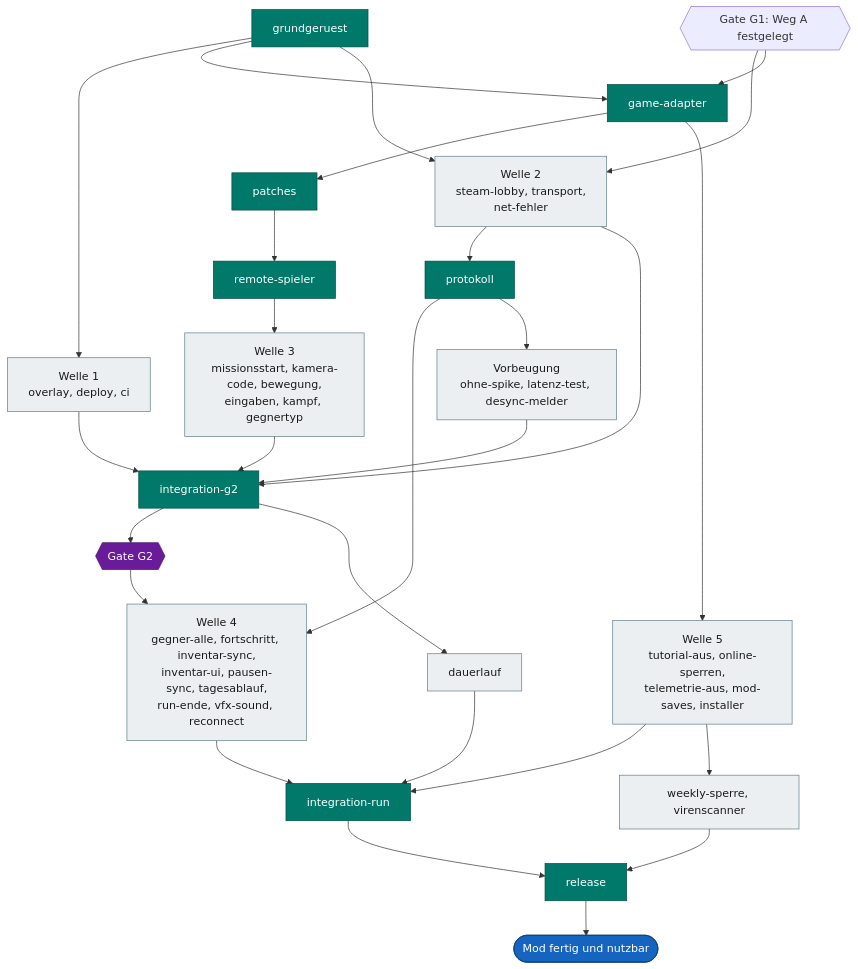
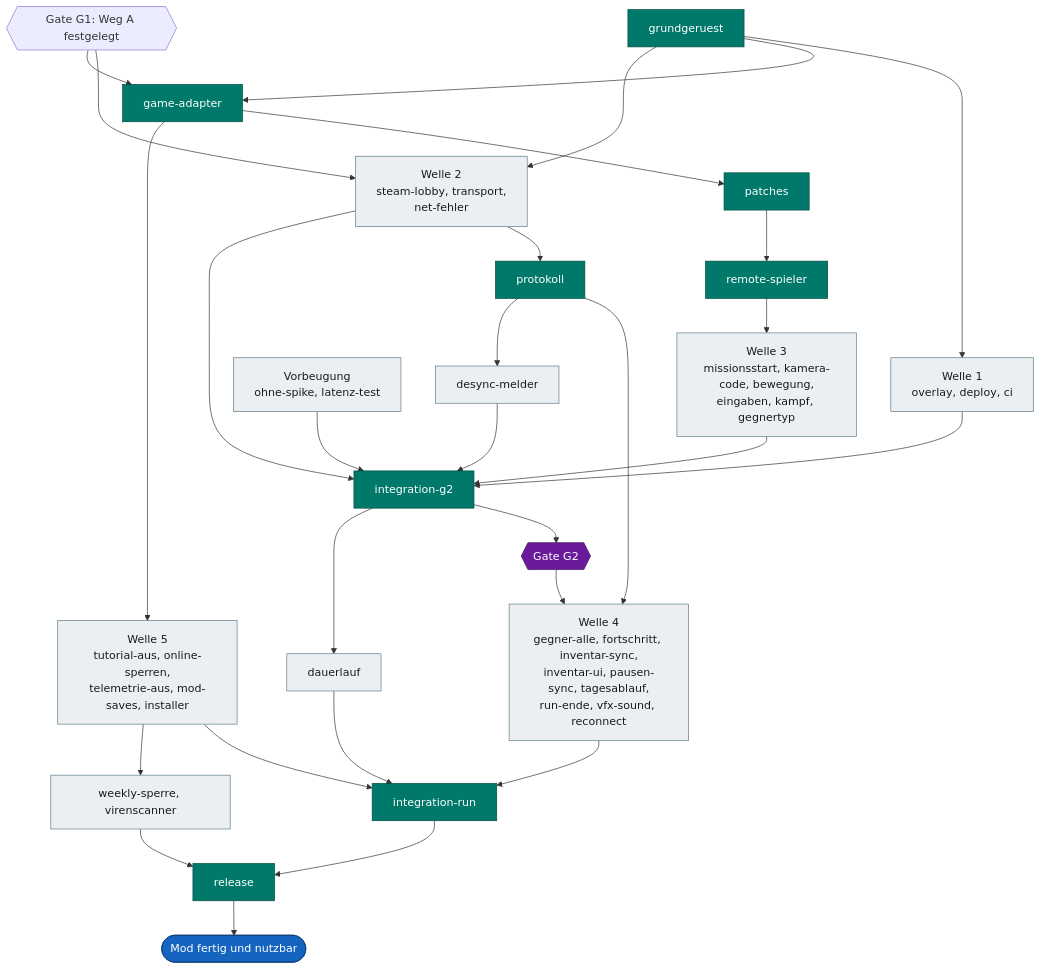
One commit to VitaminStack/Deadly-Days-Roadtrip-Multiplayer-Mod changed the fourth of 4 diagrams in docs/ROADMAP.md. Above: the diagram before and after it, drawn with Mermaid.

Commit message:
todo-risiken: desync-melder im Graphen als einzige Aufgabe hinter protokoll

````diff
--- a/docs/ROADMAP.md
+++ b/docs/ROADMAP.md
@@ -234,31 +234,31 @@
 ```mermaid
 flowchart TD
     GR["grundgeruest"]:::central --> W1["Welle 1<br/>overlay, deploy, ci"]:::open
     GR --> GA["game-adapter"]:::central
     G1{{"Gate G1: Weg A festgelegt"}}:::done --> W2["Welle 2<br/>steam-lobby, transport,<br/>net-fehler"]:::open
     GR --> W2
     G1 --> GA
     GA --> PT["patches"]:::central --> RS["remote-spieler"]:::central
     GA --> W5["Welle 5<br/>tutorial-aus, online-sperren,<br/>telemetrie-aus, mod-saves, installer"]:::open
     RS --> W3["Welle 3<br/>missionsstart, kamera-code, bewegung,<br/>eingaben, kampf, gegnertyp"]:::open
     W1 --> IG["integration-g2"]:::central
     W2 --> PR["protokoll"]:::central
     W2 --> IG
     W3 --> IG
     IG --> G2{{"Gate G2"}}:::gate
     PR --> W4["Welle 4<br/>gegner-alle, fortschritt, inventar-sync,<br/>inventar-ui, pausen-sync, tagesablauf,<br/>run-ende, vfx-sound, reconnect"]:::open
     G2 --> W4
     W4 --> IR["integration-run"]:::central
     W5 --> IR
-    RV["Vorbeugung<br/>ohne-spike, latenz-test, desync-melder"]:::open --> IG
-    PR --> RV
+    RV["Vorbeugung<br/>ohne-spike, latenz-test"]:::open --> IG
+    PR --> DS["desync-melder"]:::open --> IG
     IG --> DL["dauerlauf"]:::open --> IR
     W5 --> W6["weekly-sperre, virenscanner"]:::open --> RL
     IR --> RL["release"]:::central
     RL --> Z(["Mod fertig und nutzbar"]):::goal
 
     classDef central fill:#00796b,stroke:#004d40,color:#ffffff
     classDef open fill:#eceff1,stroke:#607d8b,color:#1a1a1a
     classDef gate fill:#6a1b9a,stroke:#3e1163,color:#ffffff
     classDef goal fill:#1565c0,stroke:#0d3c78,color:#ffffff
 ```
````
